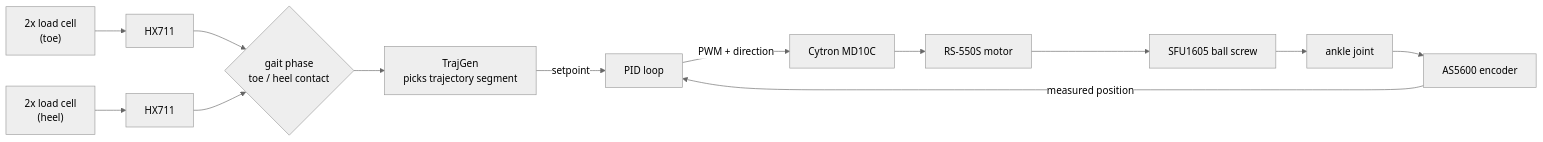
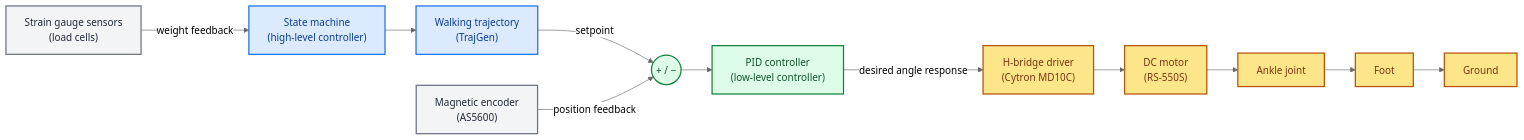
Before and after one commit to Tawakoll/active-ankle-prosthesis: the first of 2 diagrams in README.md, drawn with Mermaid (neutral theme). The commit also changed other lines of this file and 6 other files, not shown here.

````diff
--- a/README.md
+++ b/README.md
@@ -42,15 +42,19 @@
 ```mermaid
 flowchart LR
-    TOE["2x load cell<br/>(toe)"] --> HXA[HX711]
-    HEEL["2x load cell<br/>(heel)"] --> HXB[HX711]
-    HXA --> GP{"gait phase<br/>toe / heel contact"}
-    HXB --> GP
-    GP --> TG["TrajGen<br/>picks trajectory segment"]
-    TG -->|"setpoint"| PID["PID loop"]
-    PID -->|"PWM + direction"| DRV["Cytron MD10C"]
-    DRV --> MOT["RS-550S motor"]
-    MOT --> SCREW["SFU1605 ball screw"]
-    SCREW --> JOINT["ankle joint"]
-    JOINT --> ENC["AS5600 encoder"]
-    ENC -->|"measured position"| PID
+    classDef hi fill:#dbeafe,stroke:#1f6feb,stroke-width:2px,color:#0b3d91
+    classDef lo fill:#dcfce7,stroke:#15803d,stroke-width:2px,color:#14532d
+    classDef drive fill:#fde68a,stroke:#b45309,stroke-width:2px,color:#78350f
+    classDef fb fill:#f3f4f6,stroke:#6b7280,stroke-width:2px,color:#1f2937
+
+    SM["State machine<br/>(high-level controller)"]:::hi --> WT["Walking trajectory<br/>(TrajGen)"]:::hi
+    WT -->|setpoint| SUM((" + / − ")):::lo
+    SUM --> PID["PID controller<br/>(low-level controller)"]:::lo
+    PID -->|desired angle response| DRV["H-bridge driver<br/>(Cytron MD10C)"]:::drive
+    DRV --> MOT["DC motor<br/>(RS-550S)"]:::drive
+    MOT --> JOINT[Ankle joint]:::drive
+    JOINT --> FOOT[Foot]:::drive
+    FOOT --> GND[Ground]:::drive
+
+    ENC["Magnetic encoder<br/>(AS5600)"]:::fb -->|position feedback| SUM
+    SG["Strain gauge sensors<br/>(load cells)"]:::fb -->|weight feedback| SM
 ```
````
